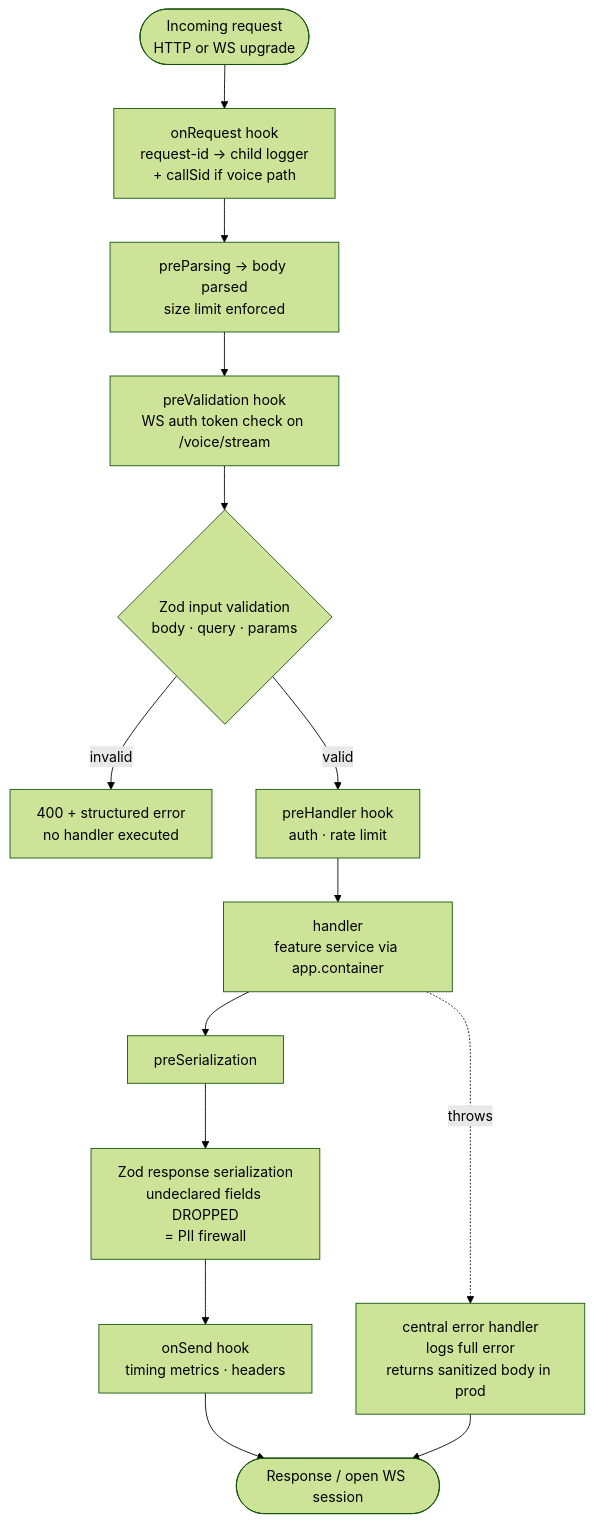
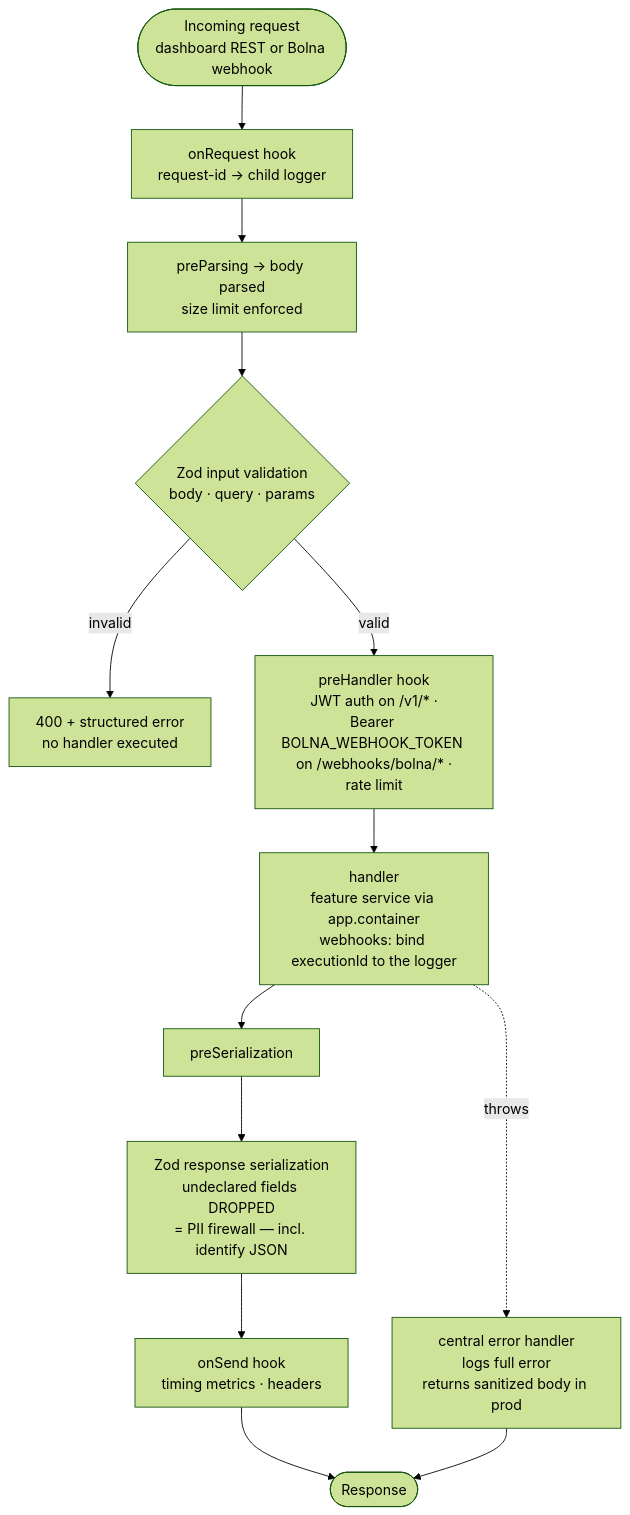
One commit to gandhi120/RecruitPilot_AI changed the diagram in docs/09_FASTIFY_SETUP.md. Above: the diagram before and after it, drawn with Mermaid (forest theme). The commit also changed other lines of this file and 34 other files, not shown here.

First line of the commit message:
docs: pivot voice stack to Bolna; archive DIY vendor docs as phase-2 reference

````diff
--- a/docs/09_FASTIFY_SETUP.md
+++ b/docs/09_FASTIFY_SETUP.md
@@ -125,16 +134,15 @@
 ```mermaid
 flowchart TB
-    REQ([Incoming request<br/>HTTP or WS upgrade]) --> OR[onRequest hook<br/>request-id → child logger<br/>+ callSid if voice path]
+    REQ([Incoming request<br/>dashboard REST or Bolna webhook]) --> OR[onRequest hook<br/>request-id → child logger]
     OR --> PP[preParsing → body parsed<br/>size limit enforced]
-    PP --> PV[preValidation hook<br/>WS auth token check on /voice/stream]
-    PV --> VAL{Zod input validation<br/>body · query · params}
+    PP --> VAL{Zod input validation<br/>body · query · params}
     VAL -->|invalid| E400[400 + structured error<br/>no handler executed]
-    VAL -->|valid| PH[preHandler hook<br/>auth · rate limit]
-    PH --> H[handler<br/>feature service via app.container]
+    VAL -->|valid| PH[preHandler hook<br/>JWT auth on /v1/* ·<br/>Bearer BOLNA_WEBHOOK_TOKEN on /webhooks/bolna/* ·<br/>rate limit]
+    PH --> H[handler<br/>feature service via app.container<br/>webhooks: bind executionId to the logger]
     H --> PS[preSerialization]
-    PS --> SER[Zod response serialization<br/>undeclared fields DROPPED<br/>= PII firewall]
+    PS --> SER[Zod response serialization<br/>undeclared fields DROPPED<br/>= PII firewall — incl. identify JSON]
     SER --> OS[onSend hook<br/>timing metrics · headers]
-    OS --> RES([Response / open WS session])
+    OS --> RES([Response])
     H -.->|throws| EH[central error handler<br/>logs full error<br/>returns sanitized body in prod]
     EH --> RES
 ```
````
